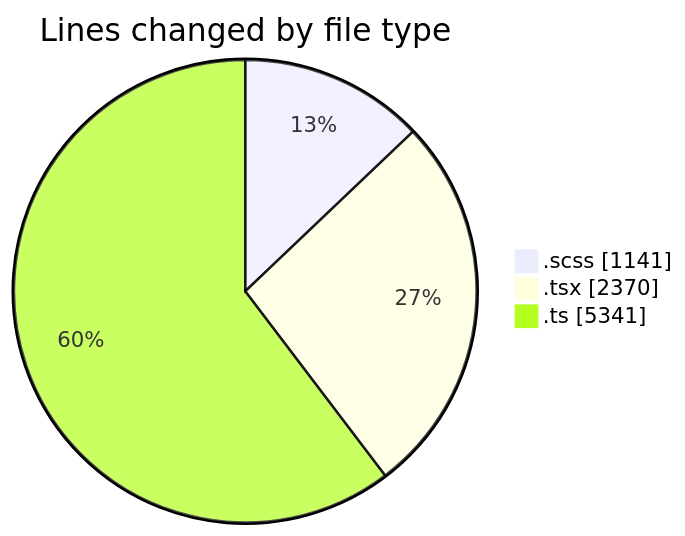
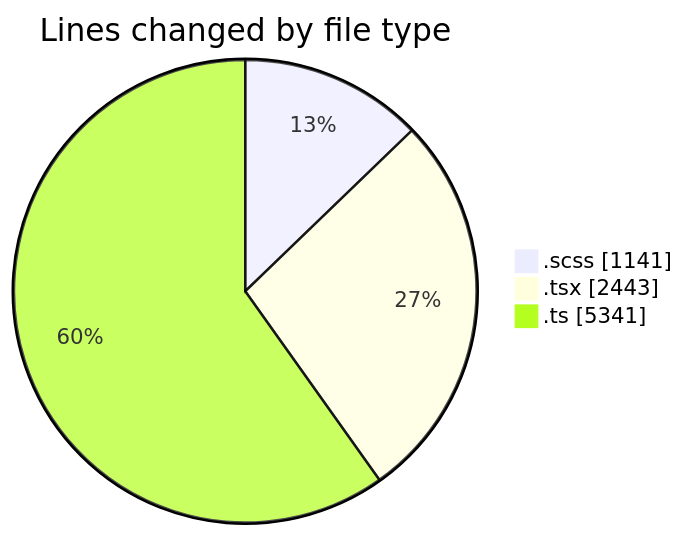
Before and after one commit to momahboobian/code-tracking: the first of 2 diagrams in 2025-03-28/cda/README.md, drawn with Mermaid. The commit also changed other lines of this file and 1 other file, not shown here.

````diff
--- a/2025-03-28/cda/README.md
+++ b/2025-03-28/cda/README.md
@@ -36,7 +36,7 @@
 ```mermaid
 pie showData
 title Lines changed by file type
 ".scss" : 1141
-".tsx" : 2370
+".tsx" : 2443
 ".ts" : 5341
 ```
````
